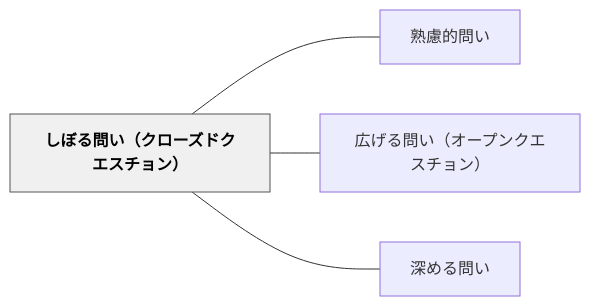
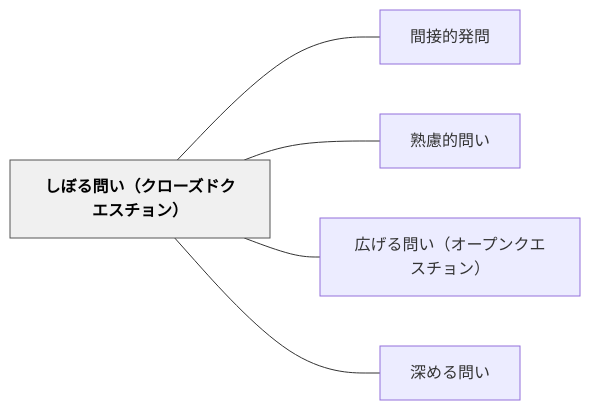
One commit to unknownthings-ed-patterns/unknownthings-ed-patterns changed the diagram in content/パタン/しぼる問い（クローズドクエスチョン）.md. Above: the diagram before and after it, drawn with Mermaid. The commit also changed other lines of this file and 19 other files, not shown here.

````diff
--- a/content/パタン/しぼる問い（クローズドクエスチョン）.md
+++ b/content/パタン/しぼる問い（クローズドクエスチョン）.md
@@ -40,14 +41,16 @@
 ```mermaid
 flowchart LR
     ne38197e381bc["しぼる問い（クローズドクエスチョン）"]
+    ne99693e68ea5["間接的発問"]
     ne7869fe685ae["熟慮的問い"]
     ne5ba83e38192["広げる問い（オープンクエスチョン）"]
     ne6b7b1e38281["深める問い"]
 
+    ne38197e381bc --- ne99693e68ea5
     ne38197e381bc --- ne7869fe685ae
     ne38197e381bc --- ne5ba83e38192
     ne38197e381bc --- ne6b7b1e38281
 
     classDef hub fill:#f0f0f0,stroke:#555,color:#000,font-weight:bold
     class ne38197e381bc hub
 ```
````
